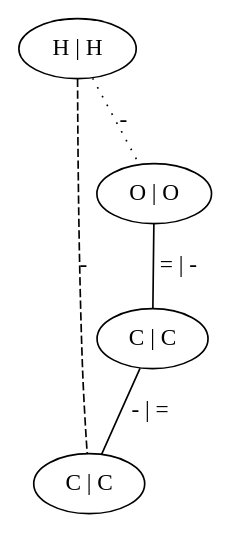
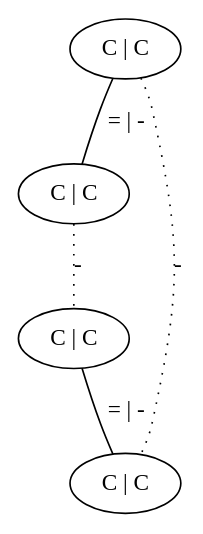
Before and after one commit to lazh01/keminf2: the diagram in assignment2/Option1_Atom-Atom/out/003_r_0_combined.dot, drawn with Graphviz. The commit also changed 128 other files, not shown here.

```diff
--- a/assignment2/Option1_Atom-Atom/out/003_r_0_combined.dot
+++ b/assignment2/Option1_Atom-Atom/out/003_r_0_combined.dot
@@ -1,10 +1,10 @@
 graph G {
 	0 [ label="C | C" ]
 	1 [ label="C | C" ]
-	2 [ label="O | O" ]
-	3 [ label="H | H" ]
-	1 -- 0 [ label="- | =" ]
-	2 -- 1 [ label="= | -" ]
-	3 -- 0 [ style=dashed label="-" ]
-	3 -- 2 [ style=dotted label="-" ]
+	2 [ label="C | C" ]
+	3 [ label="C | C" ]
+	1 -- 0 [ label="= | -" ]
+	3 -- 2 [ label="= | -" ]
+	1 -- 2 [ style=dotted label="-" ]
+	0 -- 3 [ style=dotted label="-" ]
 }
```
